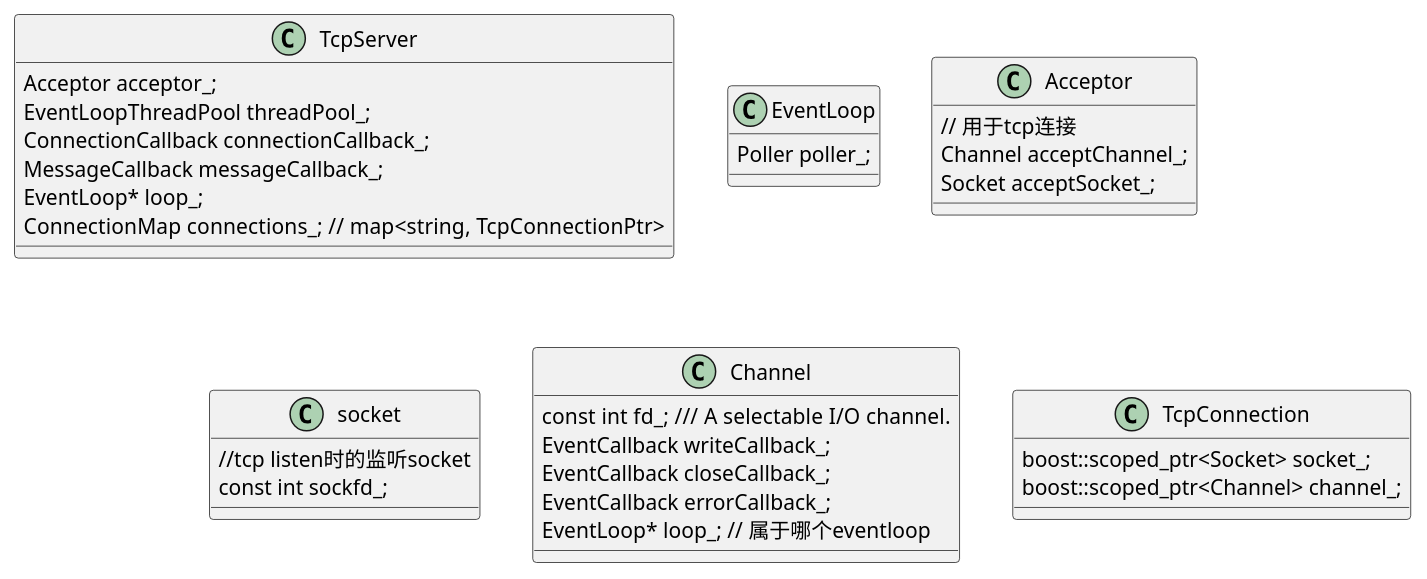
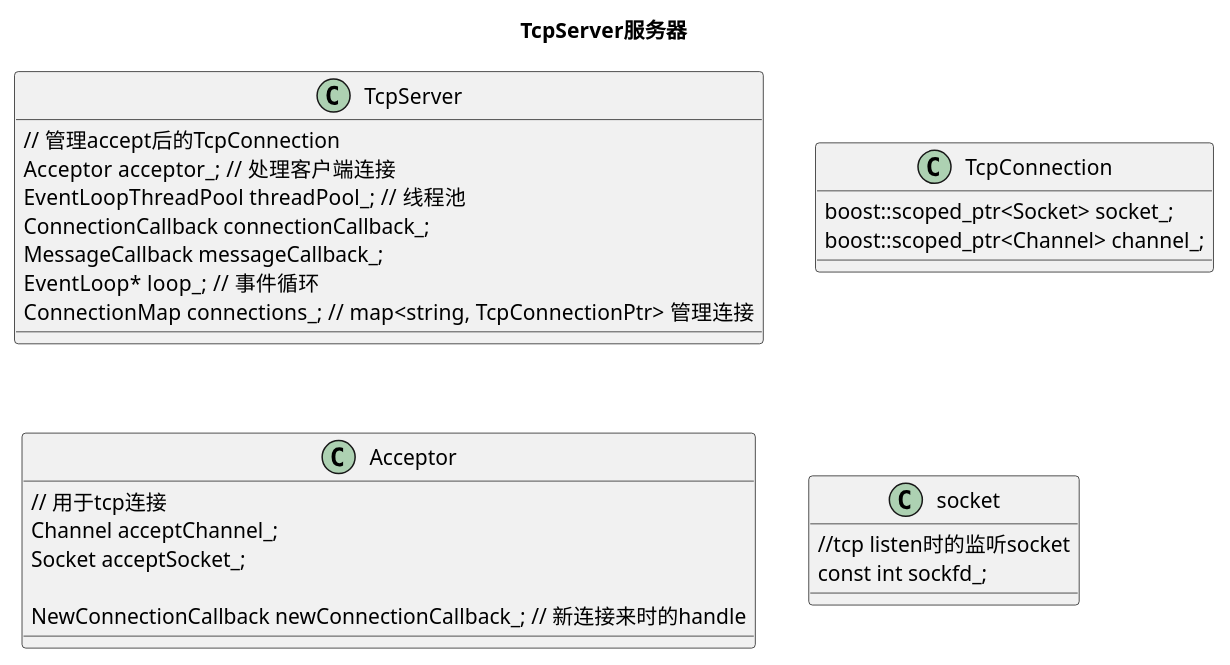
One commit to hz-fengpeng/doc changed the third of 4 diagrams in muduo/muduo.md. Above: the diagram before and after it, drawn with PlantUML. The commit also changed other lines of this file and 1 other file, not shown here.

````diff
--- a/muduo/muduo.md
+++ b/muduo/muduo.md
@@ -6,46 +68,36 @@
-``` plantuml
+```plantuml
+title TcpServer服务器
 
 class TcpServer
 {
-    Acceptor acceptor_;
-    EventLoopThreadPool threadPool_;
+    // 管理accept后的TcpConnection
+    Acceptor acceptor_;  // 处理客户端连接
+    EventLoopThreadPool threadPool_;  // 线程池
     ConnectionCallback connectionCallback_;
     MessageCallback messageCallback_;
-    EventLoop* loop_;
-    ConnectionMap connections_;  // map<string, TcpConnectionPtr>
+    EventLoop* loop_;  // 事件循环
+    ConnectionMap connections_;  // map<string, TcpConnectionPtr> 管理连接
 }
 
-class EventLoop
+class TcpConnection
 {
-    Poller poller_;
+    boost::scoped_ptr<Socket> socket_;
+    boost::scoped_ptr<Channel> channel_;
 }
 
 class Acceptor
 {
     // 用于tcp连接
     Channel acceptChannel_;
     Socket acceptSocket_;
+
+    NewConnectionCallback newConnectionCallback_; // 新连接来时的handle
 }
 
 class socket
 {   
     //tcp listen时的监听socket
     const int sockfd_;
 }
 
-class Channel
-{
-    const int  fd_; /// A selectable I/O channel.
-    EventCallback writeCallback_;
-    EventCallback closeCallback_;
-    EventCallback errorCallback_;
-    EventLoop* loop_; // 属于哪个eventloop
-}
-
-class TcpConnection
-{
-    boost::scoped_ptr<Socket> socket_;
-    boost::scoped_ptr<Channel> channel_;
-}
-
 ```
````
